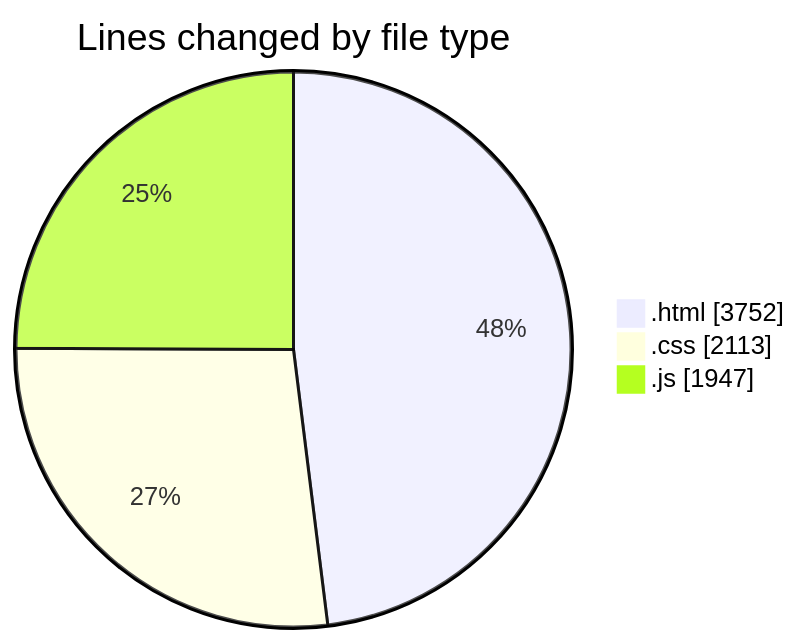
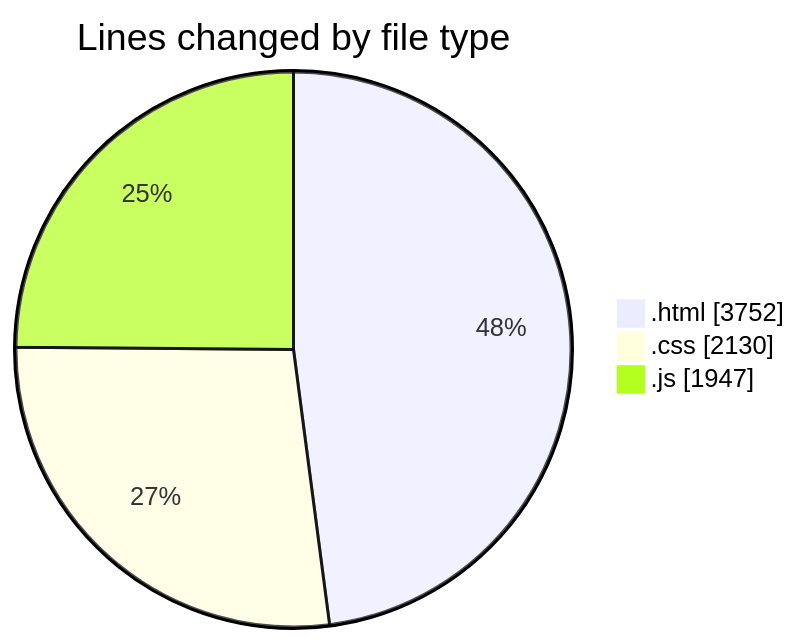
The first of 2 diagrams in 2025-05-24/projects/README.md (Ritupan-Deka/code-tracking), drawn with Mermaid before and after one commit. The commit also changed other lines of this file and 1 other file, not shown here.

````diff
--- a/2025-05-24/projects/README.md
+++ b/2025-05-24/projects/README.md
@@ -25,7 +25,7 @@
 ```mermaid
 pie showData
 title Lines changed by file type
 ".html" : 3752
-".css" : 2113
+".css" : 2130
 ".js" : 1947
 ```
````
